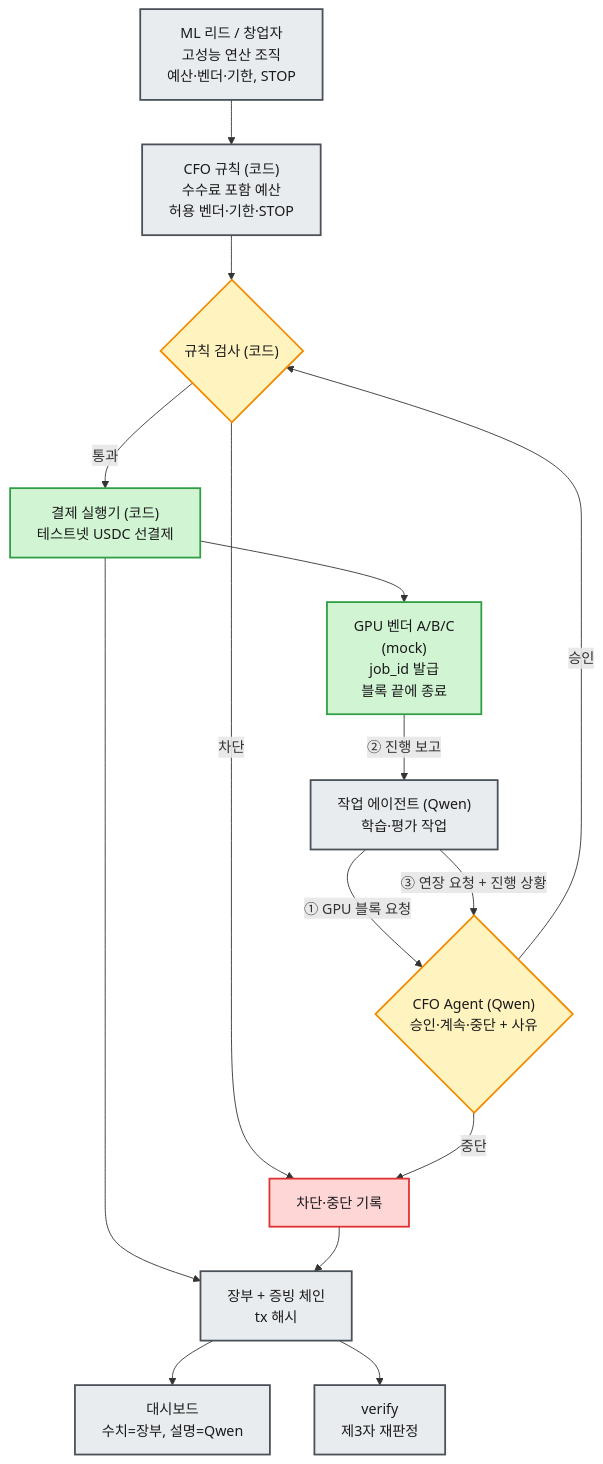
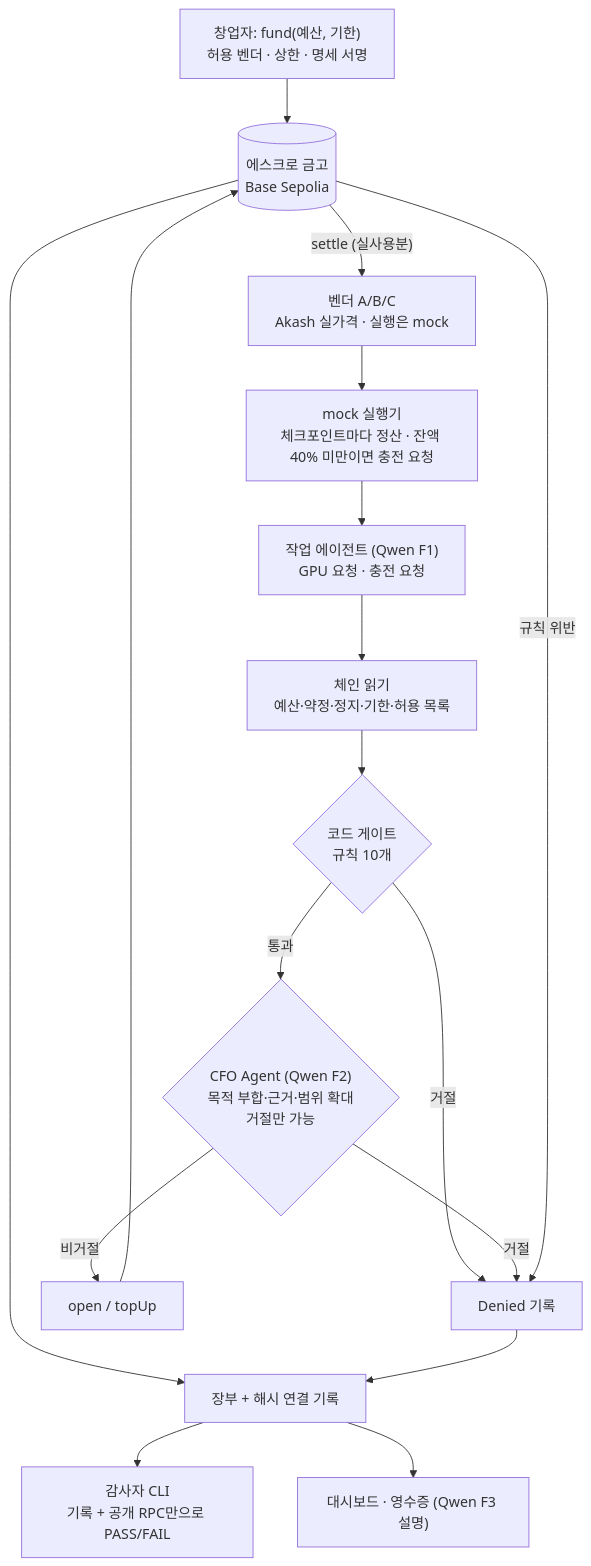
The diagram in README.md (Rehgud/GWDC2026), drawn with Mermaid before and after one commit. The commit also changed other lines of this file, not shown here.

First line of the commit message:
Rewrite README for the escrow + top-up design

````diff
--- a/README.md
+++ b/README.md
@@ -21,28 +23,19 @@
 ```mermaid
 graph TD
-    U["ML 리드 / 창업자<br/>고성능 연산 조직<br/>예산·벤더·기한, STOP"]
-    W["작업 에이전트 (Qwen)<br/>학습·평가 작업"]
-    U --> P["CFO 규칙 (코드)<br/>수수료 포함 예산<br/>허용 벤더·기한·STOP"]
-    W -->|"① GPU 블록 요청"| C{"CFO Agent (Qwen)<br/>승인·계속·중단 + 사유"}
-    C -->|"승인"| G{"규칙 검사 (코드)"}
-    P --> G
-    G -->|"통과"| X["결제 실행기 (코드)<br/>테스트넷 USDC 선결제"]
-    G -->|"차단"| R["차단·중단 기록"]
-    C -->|"중단"| R
-    X --> V["GPU 벤더 A/B/C<br/>(mock)<br/>job_id 발급<br/>블록 끝에 종료"]
-    V -->|"② 진행 보고"| W
-    W -->|"③ 연장 요청 + 진행 상황"| C
-    X --> L["장부 + 증빙 체인<br/>tx 해시"]
-    R --> L
-    L --> D["대시보드<br/>수치=장부, 설명=Qwen"]
-    L --> VF["verify<br/>제3자 재판정"]
-
-    classDef approved fill:#d1f5d3,stroke:#2f9e44,stroke-width:2px,color:#1a1a1a;
-    classDef blocked fill:#ffd6d6,stroke:#e03131,stroke-width:2px,color:#1a1a1a;
-    classDef neutral fill:#e9ecef,stroke:#495057,stroke-width:2px,color:#1a1a1a;
-    classDef decision fill:#fff3bf,stroke:#f08c00,stroke-width:2px,color:#1a1a1a;
-    class X,V approved;
-    class R blocked;
-    class U,W,P,L,D,VF neutral;
-    class C,G decision;
+    F["창업자: fund(예산, 기한)<br/>허용 벤더 · 상한 · 명세 서명"] --> V[("에스크로 금고<br/>Base Sepolia")]
+    W["작업 에이전트 (Qwen F1)<br/>GPU 요청 · 충전 요청"] --> R["체인 읽기<br/>예산·약정·정지·기한·허용 목록"]
+    R --> G{"코드 게이트<br/>규칙 10개"}
+    G -->|"통과"| C{"CFO Agent (Qwen F2)<br/>목적 부합·근거·범위 확대<br/>거절만 가능"}
+    G -->|"거절"| D["Denied 기록"]
+    C -->|"비거절"| T["open / topUp"]
+    C -->|"거절"| D
+    T --> V
+    V -->|"규칙 위반"| D
+    V -->|"settle (실사용분)"| P["벤더 A/B/C<br/>Akash 실가격 · 실행은 mock"]
+    X["mock 실행기<br/>체크포인트마다 정산 · 잔액 40% 미만이면 충전 요청"] --> W
+    P --> X
+    V --> L["장부 + 해시 연결 기록"]
+    D --> L
+    L --> A["감사자 CLI<br/>기록 + 공개 RPC만으로 PASS/FAIL"]
+    L --> UI["대시보드 · 영수증 (Qwen F3 설명)"]
 ```
````
